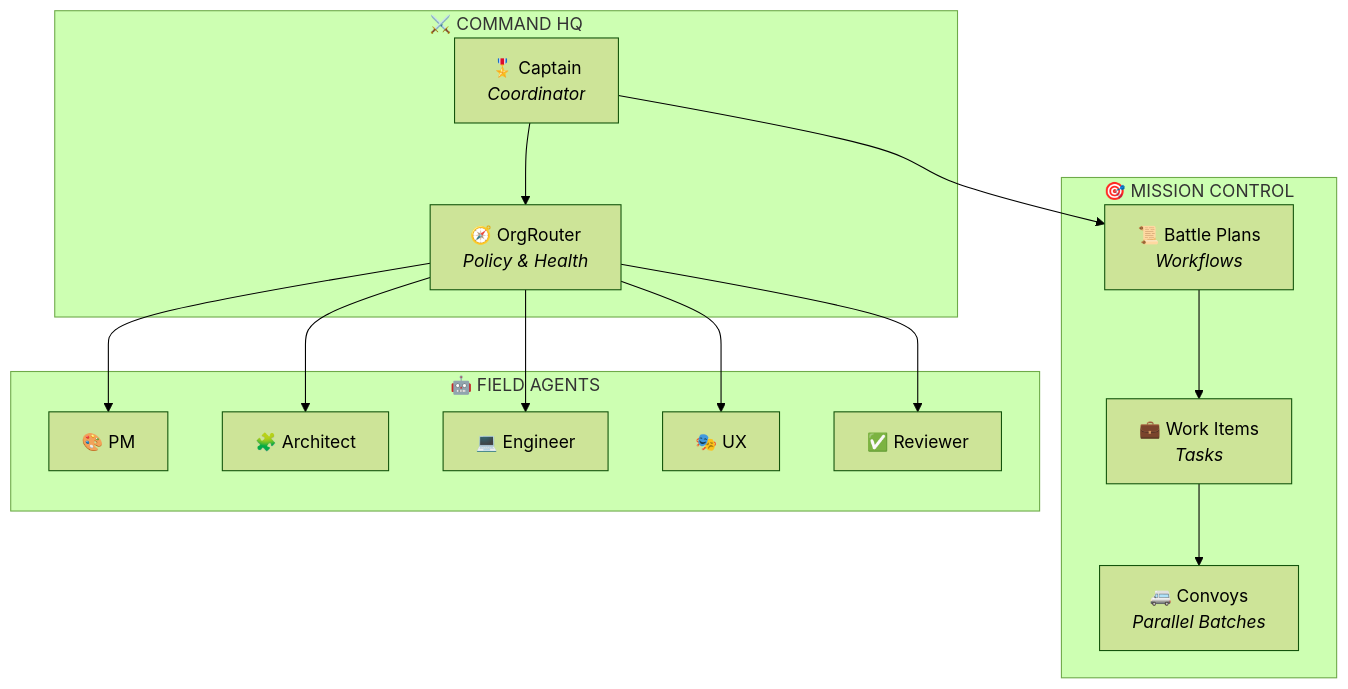
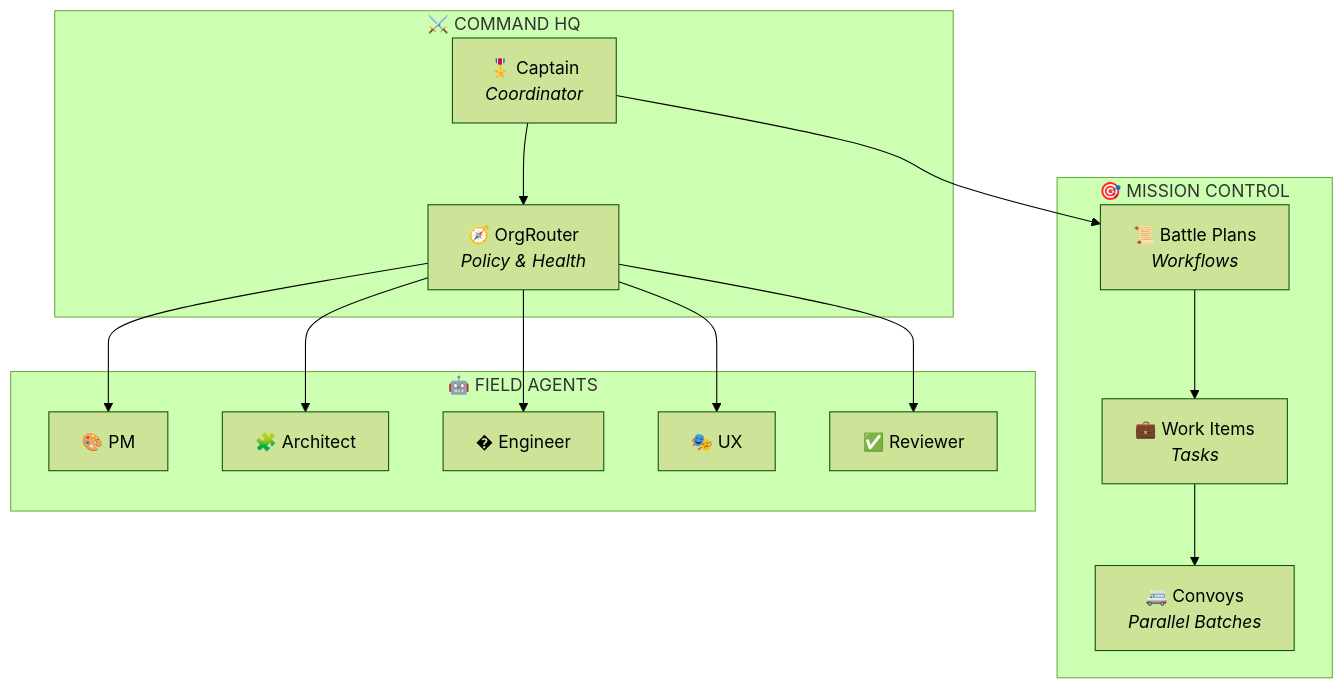
Before and after one commit to jnPiyush/AI-Squad: the first of 7 diagrams in README.md, drawn with Mermaid (forest theme). The commit also changed other lines of this file and 5 other files, not shown here.

````diff
--- a/README.md
+++ b/README.md
@@ -44,27 +44,27 @@
 ```mermaid
 graph TB
     subgraph "⚔️ COMMAND HQ"
         Captain["🎖️ Captain<br/><i>Coordinator</i>"]
         Router["🧭 OrgRouter<br/><i>Policy & Health</i>"]
     end
     
     subgraph "🎯 MISSION CONTROL"
         BP["📜 Battle Plans<br/><i>Workflows</i>"]
         WI["💼 Work Items<br/><i>Tasks</i>"]
         Convoy["🚐 Convoys<br/><i>Parallel Batches</i>"]
     end
     
     subgraph "🤖 FIELD AGENTS"
         PM["🎨 PM"]
         Arch["🧩 Architect"]
-        Eng["💻 Engineer"]
+        Eng["� Engineer"]
         UX["🎭 UX"]
         Rev["✅ Reviewer"]
     end
     
     Captain --> BP
     Captain --> Router
     Router --> PM & Arch & Eng & UX & Rev
     BP --> WI
     WI --> Convoy
 ```
````
